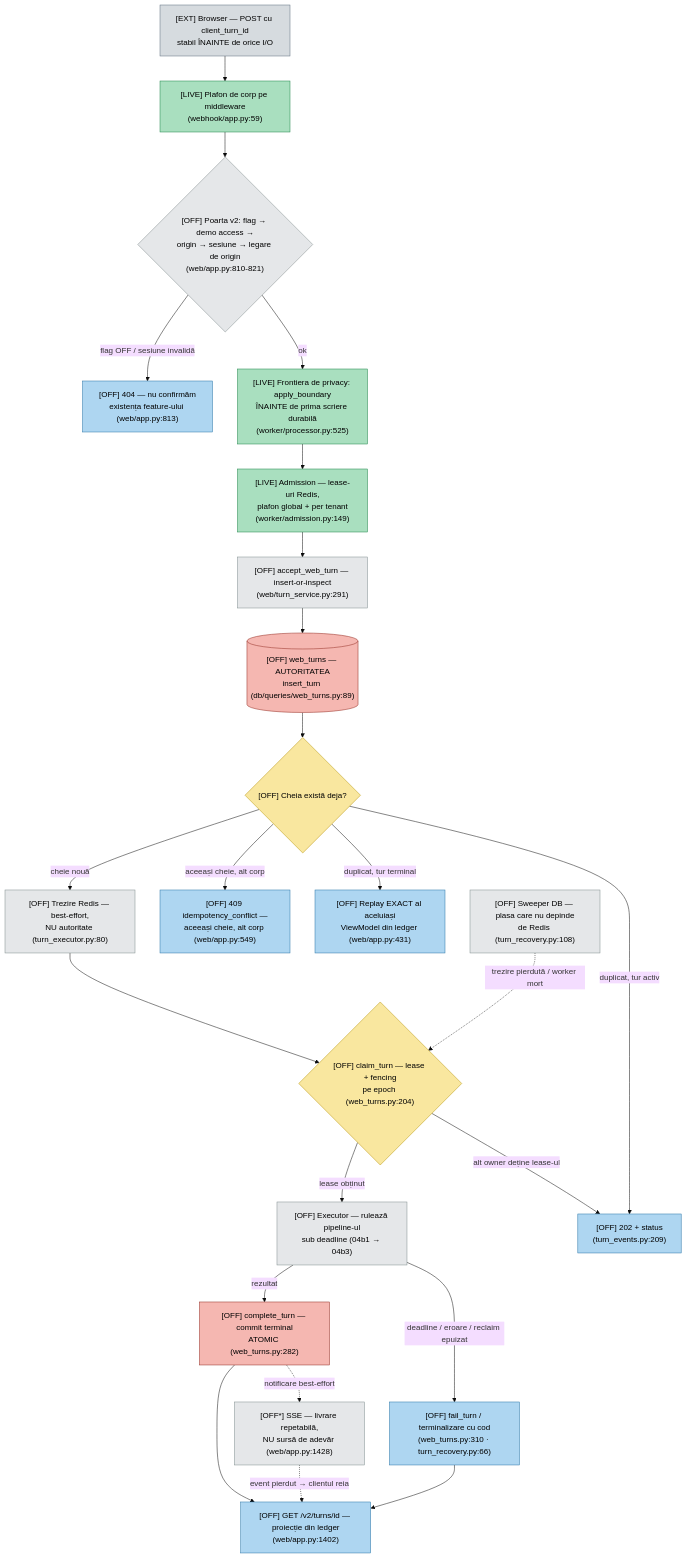
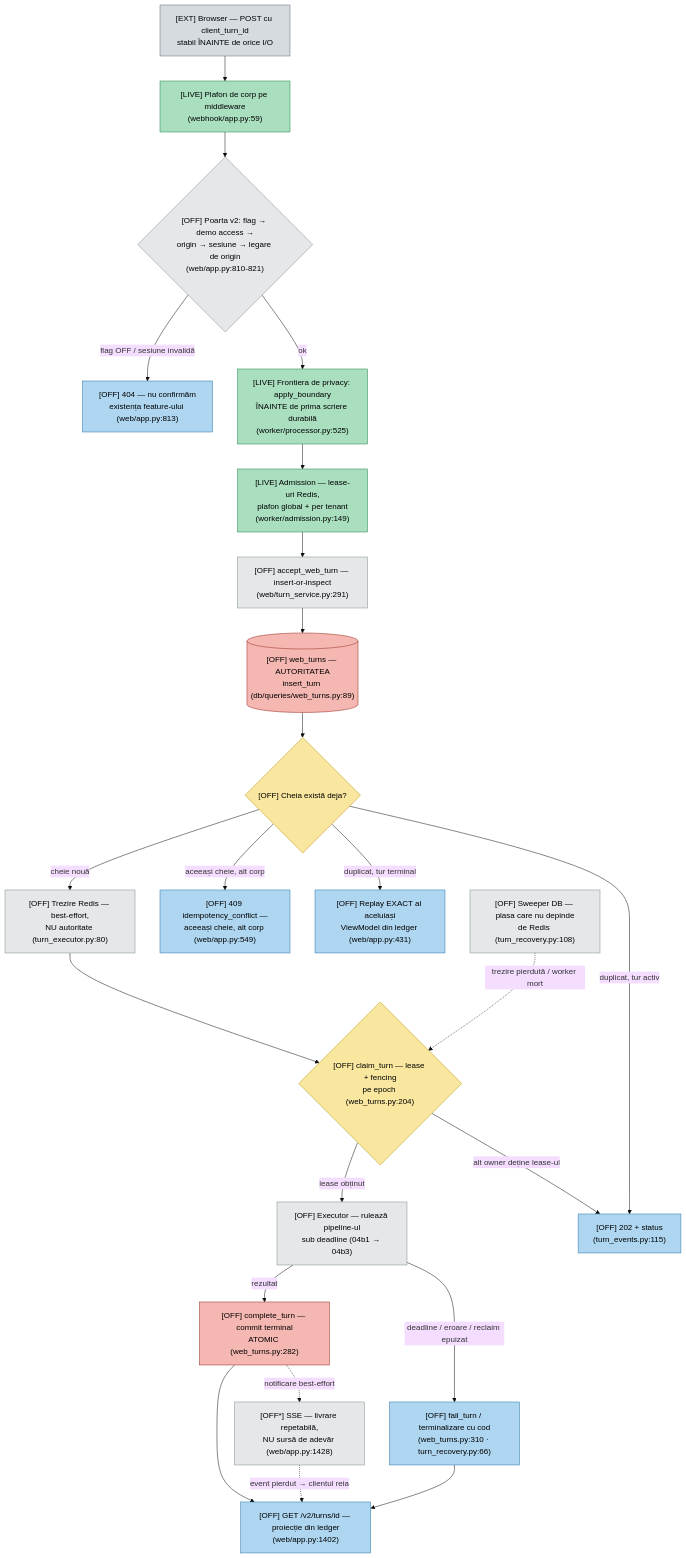
Before and after one commit to AdiBoaru/Sales-Ass: the diagram in docs/diagrams/11-stage-1-04a-web-ingress.mmd, drawn with Mermaid (base theme). The commit also changed 40 other files, not shown here.

```diff
--- a/docs/diagrams/11-stage-1-04a-web-ingress.mmd
+++ b/docs/diagrams/11-stage-1-04a-web-ingress.mmd
@@ -1,51 +1,51 @@
 %% GENERAT din docs/ARCHITECTURE-WORKFLOWS.md — nu edita doar aici.
 %% Regenerare: python scripts/export_diagrams.py
 %% Editare vizuală: https://mermaid.live (paste tot fișierul)
 %% Diagram 11 — Stage 1 · 04a · Web ingress, durabilitate, serializare, recovery [DORMANT]
 flowchart TD
   classDef ext fill:#d6dbdf,stroke:#5d6d7e,color:#000
   classDef off fill:#e5e7e9,stroke:#7f8c8d,color:#000
   classDef live fill:#a9dfbf,stroke:#1e8449,color:#000
   classDef auth fill:#f5b7b1,stroke:#922b21,color:#000
   classDef dec fill:#f9e79f,stroke:#b7950b,color:#000
   classDef out fill:#aed6f1,stroke:#2874a6,color:#000
 
   BROWSER["[EXT] Browser — POST cu client_turn_id<br/>stabil ÎNAINTE de orice I/O"]:::ext
   CAP["[LIVE] Plafon de corp pe middleware<br/>(webhook/app.py:59)"]:::live
   GATE{"[OFF] Poarta v2: flag → demo access →<br/>origin → sesiune → legare de origin<br/>(web/app.py:810-821)"}:::off
   R404["[OFF] 404 — nu confirmăm<br/>existența feature-ului (web/app.py:813)"]:::out
   PRIV["[LIVE] Frontiera de privacy: apply_boundary<br/>ÎNAINTE de prima scriere durabilă<br/>(worker/processor.py:525)"]:::live
   ADM["[LIVE] Admission — lease-uri Redis,<br/>plafon global + per tenant<br/>(worker/admission.py:149)"]:::live
   ACC["[OFF] accept_web_turn — insert-or-inspect<br/>(web/turn_service.py:291)"]:::off
   LEDGER[("[OFF] web_turns — AUTORITATEA<br/>insert_turn (db/queries/web_turns.py:89)")]:::auth
   DUP{"[OFF] Cheia există deja?"}:::dec
-  R202["[OFF] 202 + status<br/>(turn_events.py:209)"]:::out
+  R202["[OFF] 202 + status<br/>(turn_events.py:115)"]:::out
   R409["[OFF] 409 idempotency_conflict —<br/>aceeași cheie, alt corp (web/app.py:549)"]:::out
   REPLAY["[OFF] Replay EXACT al aceluiași<br/>ViewModel din ledger (web/app.py:431)"]:::out
   WAKE["[OFF] Trezire Redis — best-effort,<br/>NU autoritate (turn_executor.py:80)"]:::off
   SWEEP["[OFF] Sweeper DB — plasa care nu depinde<br/>de Redis (turn_recovery.py:108)"]:::off
   CLAIM{"[OFF] claim_turn — lease + fencing<br/>pe epoch (web_turns.py:204)"}:::dec
   EXEC["[OFF] Executor — rulează pipeline-ul<br/>sub deadline (04b1 → 04b3)"]:::off
   COMMIT["[OFF] complete_turn — commit terminal<br/>ATOMIC (web_turns.py:282)"]:::auth
   FAILT["[OFF] fail_turn / terminalizare cu cod<br/>(web_turns.py:310 · turn_recovery.py:66)"]:::out
   GETR["[OFF] GET /v2/turns/id — proiecție din ledger<br/>(web/app.py:1402)"]:::out
   SSE["[OFF*] SSE — livrare repetabilă,<br/>NU sursă de adevăr (web/app.py:1428)"]:::off
 
   BROWSER --> CAP --> GATE
   GATE -- "flag OFF / sesiune invalidă" --> R404
   GATE -- ok --> PRIV --> ADM --> ACC --> LEDGER
   LEDGER --> DUP
   DUP -- "cheie nouă" --> WAKE
   DUP -- "aceeași cheie, alt corp" --> R409
   DUP -- "duplicat, tur terminal" --> REPLAY
   DUP -- "duplicat, tur activ" --> R202
   WAKE --> CLAIM
   SWEEP -. "trezire pierdută / worker mort" .-> CLAIM
   CLAIM -- "lease obținut" --> EXEC
   CLAIM -- "alt owner deține lease-ul" --> R202
   EXEC -- "rezultat" --> COMMIT
   EXEC -- "deadline / eroare / reclaim epuizat" --> FAILT
   COMMIT --> GETR
   FAILT --> GETR
   COMMIT -. "notificare best-effort" .-> SSE
   SSE -. "event pierdut → clientul reia" .-> GETR
```
